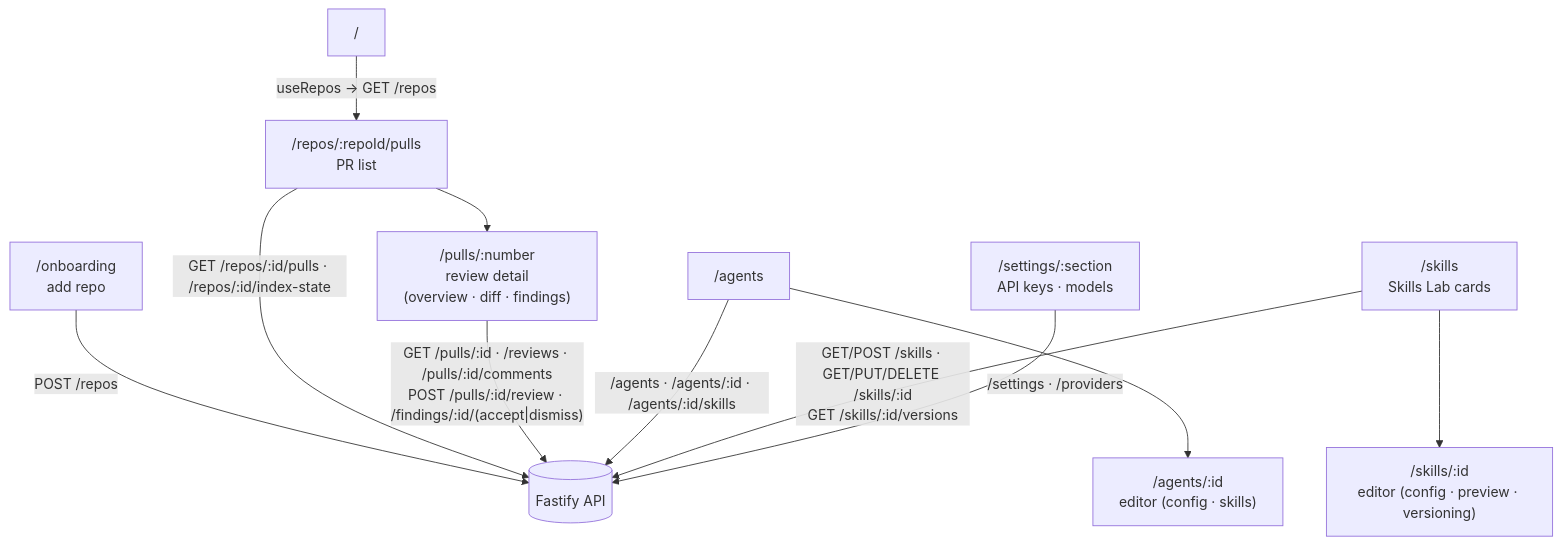
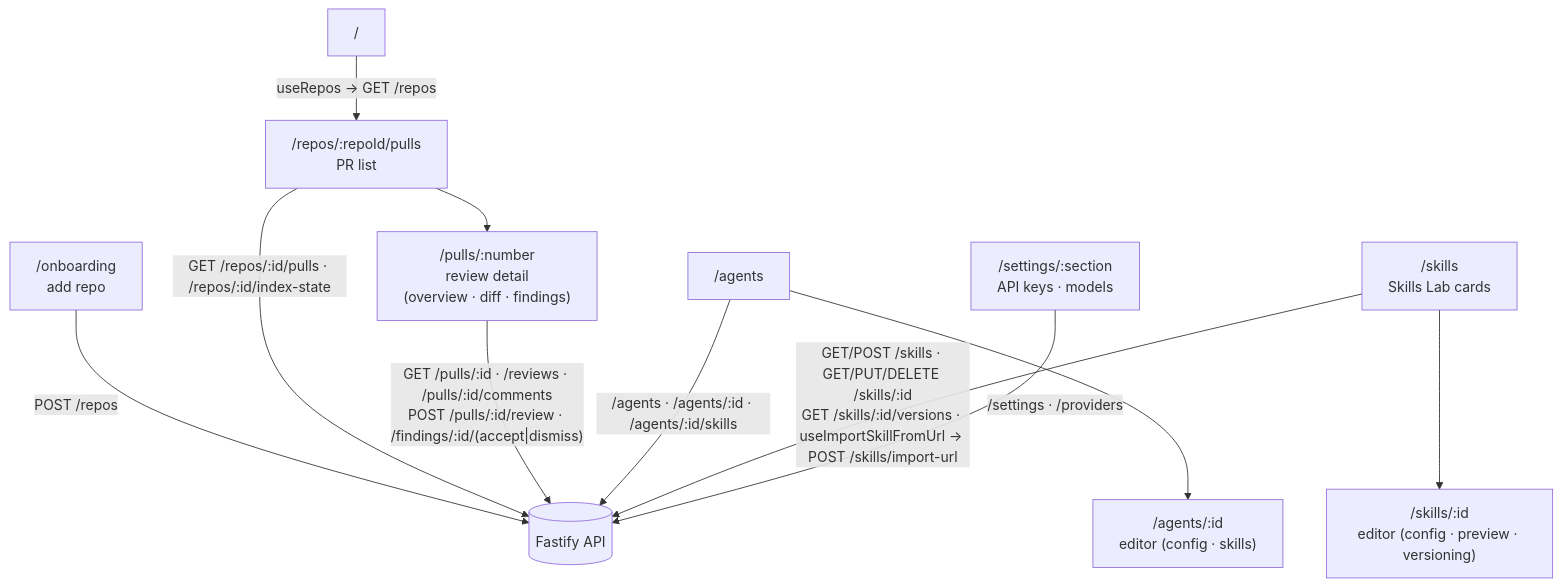
One commit to neronasee/dev-digest changed the diagram in client/README.md. Above: the diagram before and after it, drawn with Mermaid. The commit also changed 26 other files, not shown here.

First line of the commit message:
feat(skills): import from URL behind a two-level security scan

````diff
--- a/client/README.md
+++ b/client/README.md
@@ -24,16 +24,16 @@
 ```mermaid
 flowchart TD
   ROOT["/"] -->|"useRepos → GET /repos"| PULLS["/repos/:repoId/pulls<br/>PR list"]
   ONB["/onboarding<br/>add repo"] -->|"POST /repos"| API[("Fastify API")]
   PULLS --> PR["/pulls/:number<br/>review detail<br/>(overview · diff · findings)"]
 
   AGENTS["/agents"] --> AGENT["/agents/:id<br/>editor (config · skills)"]
   SKILLS["/skills<br/>Skills Lab cards"] --> SKILL["/skills/:id<br/>editor (config · preview · versioning)"]
   SETTINGS["/settings/:section<br/>API keys · models"]
 
   PULLS -->|"GET /repos/:id/pulls · /repos/:id/index-state"| API
   PR -->|"GET /pulls/:id · /reviews · /pulls/:id/comments<br/>POST /pulls/:id/review · /findings/:id/(accept|dismiss)"| API
   AGENTS -->|"/agents · /agents/:id · /agents/:id/skills"| API
-  SKILLS -->|"GET/POST /skills · GET/PUT/DELETE /skills/:id<br/>GET /skills/:id/versions"| API
+  SKILLS -->|"GET/POST /skills · GET/PUT/DELETE /skills/:id<br/>GET /skills/:id/versions · useImportSkillFromUrl → POST /skills/import-url"| API
   SETTINGS -->|"/settings · /providers"| API
 ```
````
